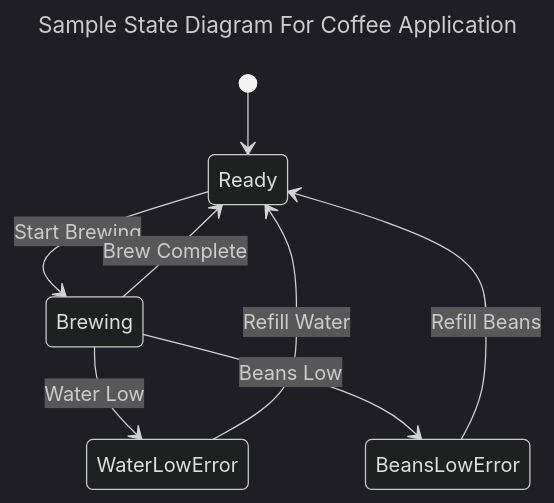
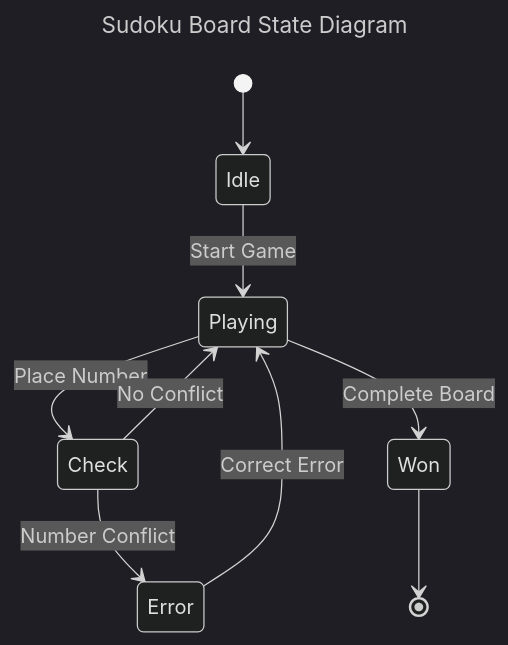
The fourth of 5 diagrams in README.md (ClearCrystals/LogicLuminaries), drawn with Mermaid (dark theme) before and after one commit. The commit also changed other lines of this file, not shown here.

Commit message:
the read me diagrams

````diff
--- a/README.md
+++ b/README.md
@@ -200,13 +208,14 @@
 ```mermaid
 ---
-title: Sample State Diagram For Coffee Application
+title: Sudoku Board State Diagram
 ---
 stateDiagram
-    [*] --> Ready
-    Ready --> Brewing : Start Brewing
-    Brewing --> Ready : Brew Complete
-    Brewing --> WaterLowError : Water Low
-    WaterLowError --> Ready : Refill Water
-    Brewing --> BeansLowError : Beans Low
-    BeansLowError --> Ready : Refill Beans
+    [*] --> Idle
+    Idle --> Playing : Start Game
+    Playing --> Check : Place Number
+    Check --> Playing : No Conflict
+    Check --> Error : Number Conflict
+    Error --> Playing : Correct Error
+    Playing --> Won : Complete Board
+    Won --> [*]
 ```
````
